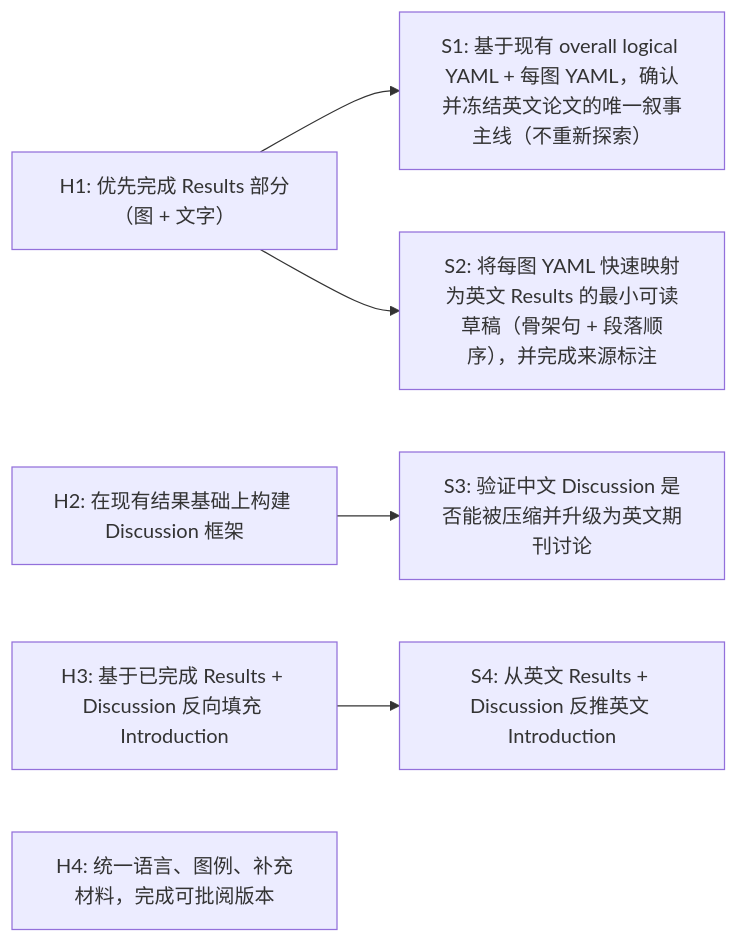
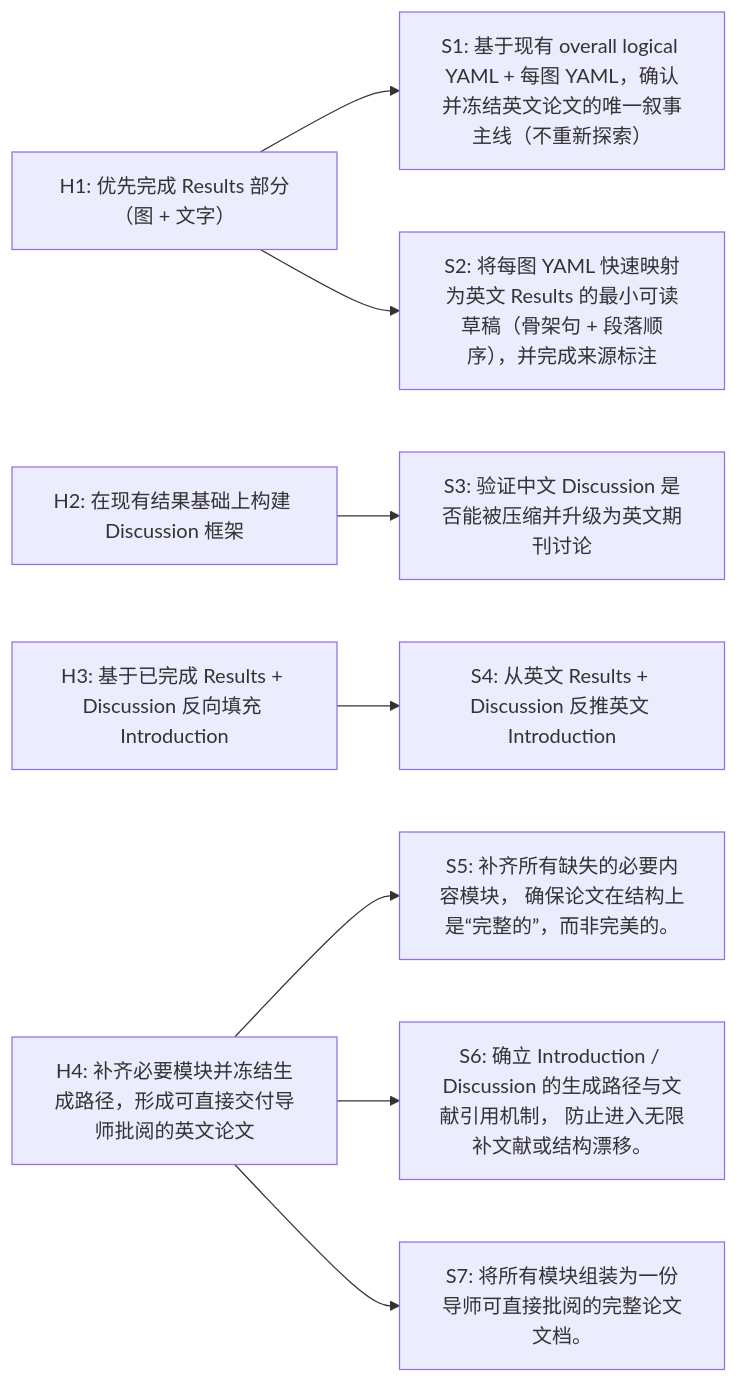
One commit to gbm19950414-ux/Hypothesis-driven-Task-Management-System changed the diagram in outputs/20260117-20260214_英文论文/plan_steps_timeline.mmd. Above: the diagram before and after it, drawn with Mermaid. The commit also changed 33 other files, not shown here.

```diff
--- a/outputs/20260117-20260214_英文论文/plan_steps_timeline.mmd
+++ b/outputs/20260117-20260214_英文论文/plan_steps_timeline.mmd
@@ -1,13 +1,22 @@
 flowchart LR
   H1["H1: 优先完成 Results 部分（图 + 文字）"]
   H2["H2: 在现有结果基础上构建 Discussion 框架"]
   H3["H3: 基于已完成 Results + Discussion 反向填充 Introduction"]
-  H4["H4: 统一语言、图例、补充材料，完成可批阅版本"]
+  H4["H4: 补齐必要模块并冻结生成路径，形成可直接交付导师批阅的英文论文"]
   S1["S1: 基于现有 overall logical YAML + 每图 YAML，确认并冻结英文论文的唯一叙事主线（不重新探索）"]
   H1 --> S1
   S2["S2: 将每图 YAML 快速映射为英文 Results 的最小可读草稿（骨架句 + 段落顺序），并完成来源标注"]
   H1 --> S2
   S3["S3: 验证中文 Discussion 是否能被压缩并升级为英文期刊讨论"]
   H2 --> S3
   S4["S4: 从英文 Results + Discussion 反推英文 Introduction"]
   H3 --> S4
+  S5["S5: 补齐所有缺失的必要内容模块， 确保论文在结构上是“完整的”，而非完美的。
+"]
+  H4 --> S5
+  S6["S6: 确立 Introduction / Discussion 的生成路径与文献引用机制， 防止进入无限补文献或结构漂移。
+"]
+  H4 --> S6
+  S7["S7: 将所有模块组装为一份导师可直接批阅的完整论文文档。
+"]
+  H4 --> S7
```
